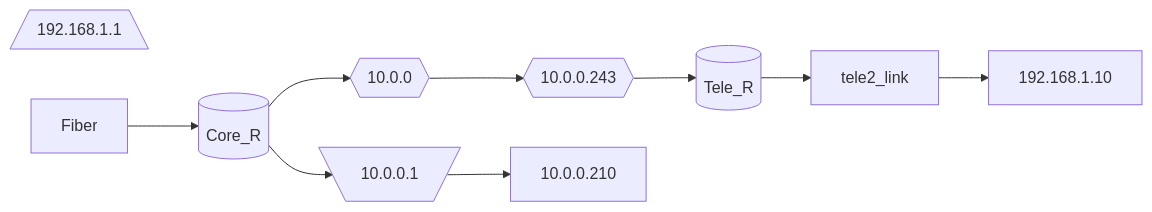
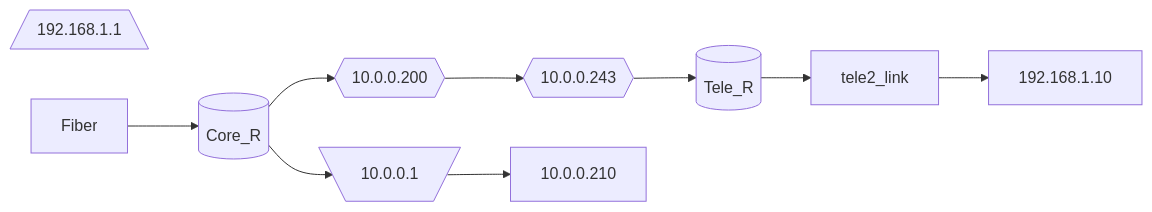
Before and after one commit to notkasim/DOCS: the second of 2 diagrams in Topology.md, drawn with Mermaid.

````diff
--- a/Topology.md
+++ b/Topology.md
@@ -18,24 +18,24 @@
 ```mermaid
 graph LR;
     core[(Core_R)]
     tele2[(Tele_R)]
-    core_link{{10.0.0}}
+    core_link{{10.0.0.200}}
     tele_link{{10.0.0.243}}
     core_gw[\10.0.0.1/]
     tele_gw[/192.168.1.1\]
 
     
     Fiber-->core
     core-->core_link
     core_link-->tele_link
     tele_link-->tele2
 
     core-->core_gw-->10.0.0.210
     tele2-->tele2_link-->192.168.1.10
 
 
 
 
 
 
 ```
````
